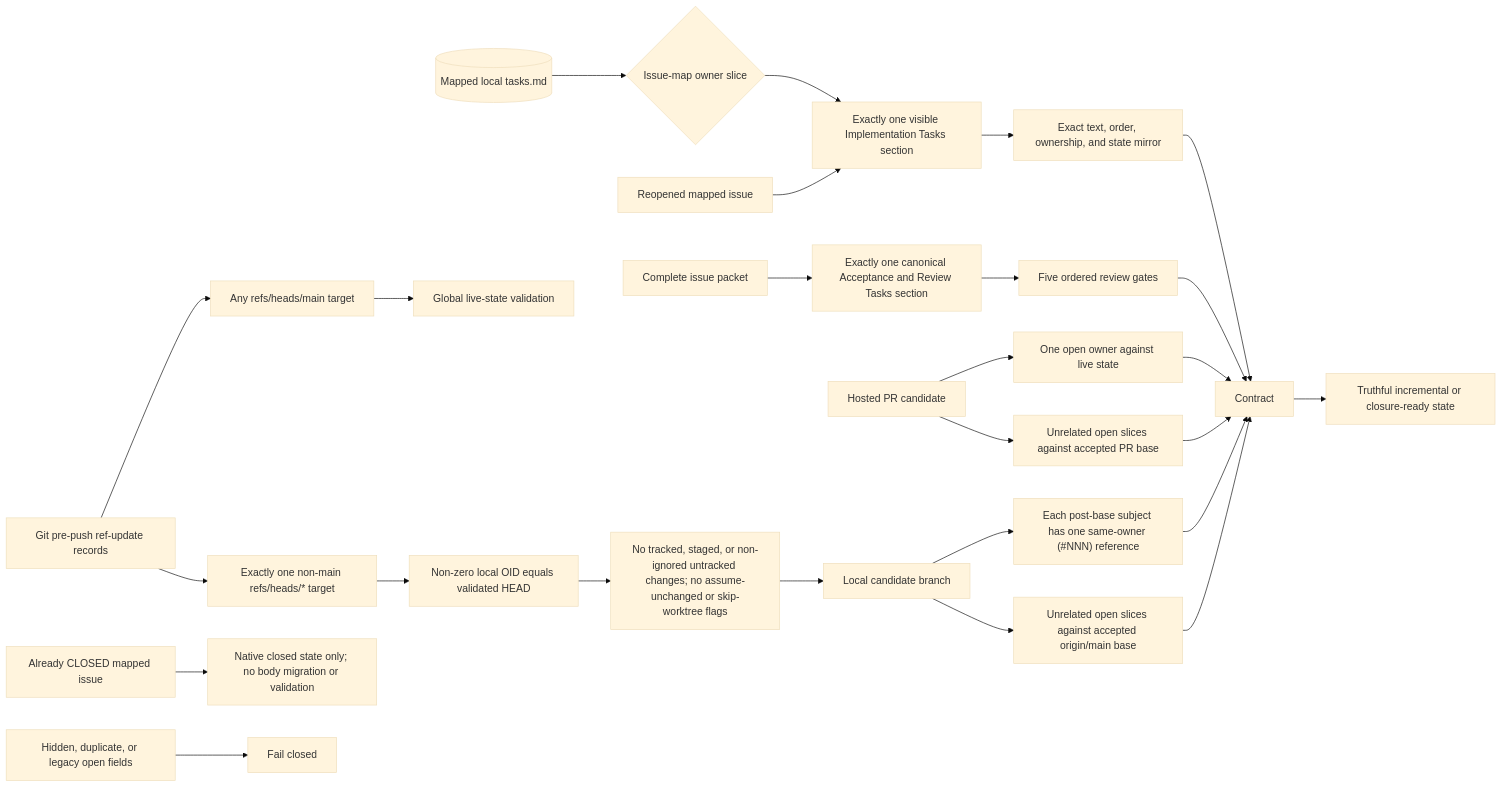
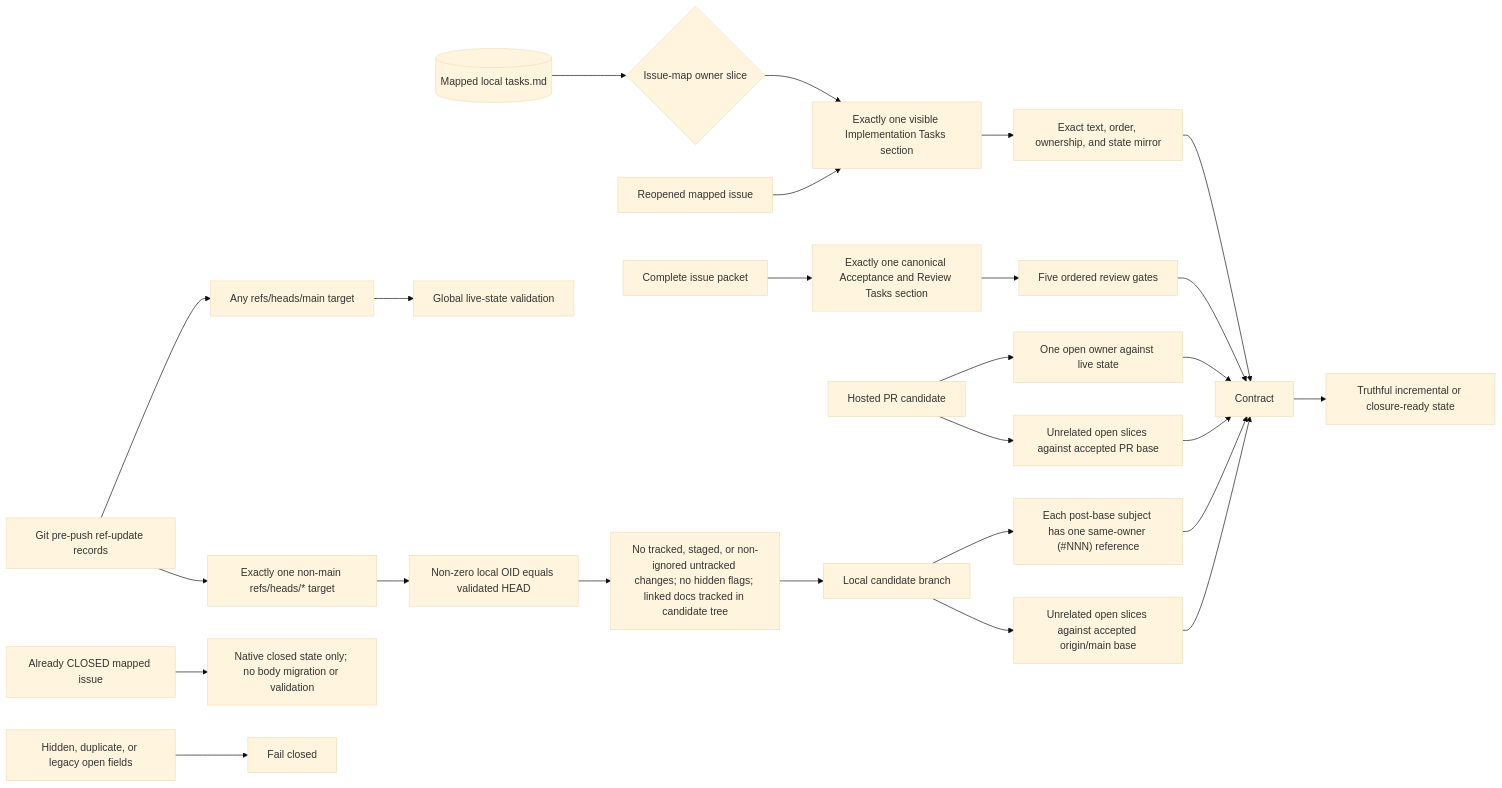
The first of 28 diagrams in docs/v050-release-architecture.md (styler-ai/ProjectAtlas), drawn with Mermaid (base theme) before and after one commit. The commit also changed 7 other files, not shown here.

Commit message:
fix(issueops): bind candidate tree authority (#549)

````diff
--- a/docs/v050-release-architecture.md
+++ b/docs/v050-release-architecture.md
@@ -7,28 +7,28 @@
 ```mermaid
 flowchart LR
     LocalTasks[(Mapped local tasks.md)] --> OwnerSlice{Issue-map owner slice}
     OwnerSlice --> Implementation[Exactly one visible Implementation Tasks section]
     IssuePacket[Complete issue packet] --> Acceptance[Exactly one canonical Acceptance and Review Tasks section]
     Implementation --> Sync[Exact text, order, ownership, and state mirror]
     Acceptance --> Gates[Five ordered review gates]
     Sync --> Contract
     Gates --> Contract
     PR[Hosted PR candidate] --> Owner[One open owner against live state]
     PR --> Base[Unrelated open slices against accepted PR base]
     Push[Git pre-push ref-update records] --> MainTarget["Any refs/heads/main target"]
     Push --> CandidateTarget["Exactly one non-main refs/heads/* target"]
     MainTarget --> Global[Global live-state validation]
     CandidateTarget --> CandidateObject["Non-zero local OID equals validated HEAD"]
-    CandidateObject --> CandidateClean["No tracked, staged, or non-ignored untracked changes; no assume-unchanged or skip-worktree flags"]
+    CandidateObject --> CandidateClean["No tracked, staged, or non-ignored untracked changes; no hidden flags; linked docs tracked in candidate tree"]
     CandidateClean --> Candidate[Local candidate branch]
     Candidate --> CandidateOwner["Each post-base subject has one same-owner (#NNN) reference"]
     Candidate --> CandidateBase["Unrelated open slices against accepted origin/main base"]
     Owner --> Contract
     Base --> Contract
     CandidateOwner --> Contract
     CandidateBase --> Contract
     Closed[Already CLOSED mapped issue] --> Inert[Native closed state only; no body migration or validation]
     Reopened[Reopened mapped issue] --> Implementation
     Hidden[Hidden, duplicate, or legacy open fields] --> Reject[Fail closed]
     Contract --> Ready[Truthful incremental or closure-ready state]
 ```
````
